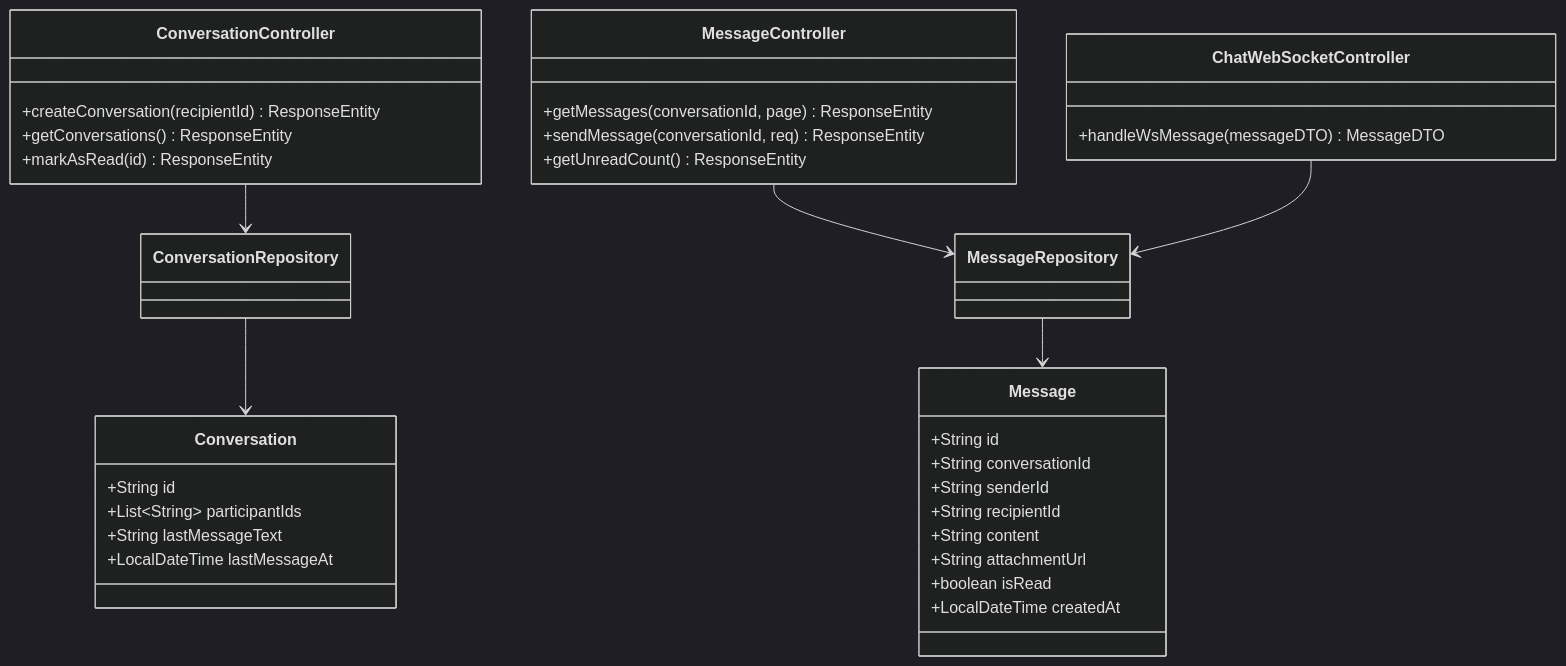
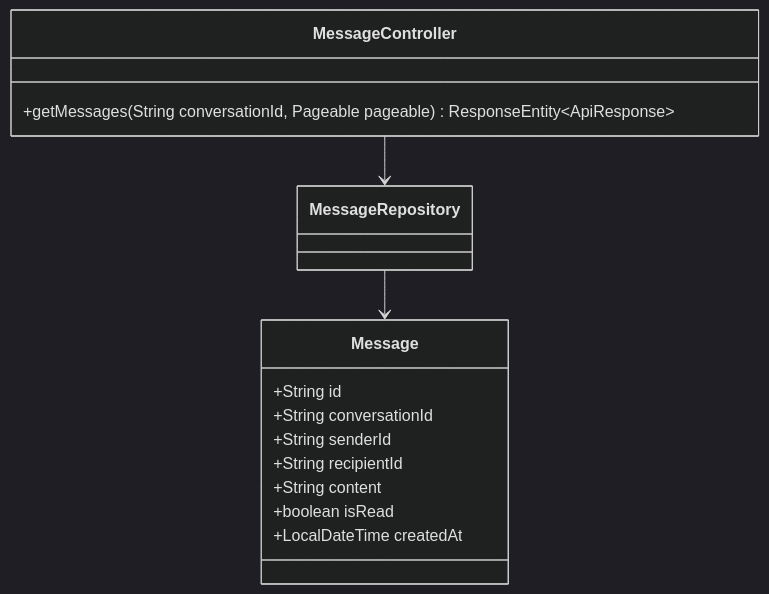
The fifth of 12 diagrams in docs/use-cases/UC-12-chat-messaging.md (The-MC-Hub/MC_Voice_Training_Backend), drawn with Mermaid (dark theme) before and after one commit. The commit also changed other lines of this file and 12 other files, not shown here.

Commit message:
docs(use-cases): fully expand all sub-use-cases across all 13 UC files with dedicated Class Diagrams, Sequence Diagrams, and Unit Tests

````diff
--- a/docs/use-cases/UC-12-chat-messaging.md
+++ b/docs/use-cases/UC-12-chat-messaging.md
@@ -28,42 +101,17 @@
 ```mermaid
 classDiagram
-    class ConversationController {
-        +createConversation(recipientId) ResponseEntity
-        +getConversations() ResponseEntity
-        +markAsRead(id) ResponseEntity
+    class MessageController {
+        +getMessages(String conversationId, Pageable pageable) ResponseEntity~ApiResponse~
     }
-
-    class MessageController {
-        +getMessages(conversationId, page) ResponseEntity
-        +sendMessage(conversationId, req) ResponseEntity
-        +getUnreadCount() ResponseEntity
-    }
-
-    class ChatWebSocketController {
-        +handleWsMessage(messageDTO) MessageDTO
-    }
-
-    class Conversation {
-        +String id
-        +List~String~ participantIds
-        +String lastMessageText
-        +LocalDateTime lastMessageAt
-    }
-
     class Message {
         +String id
         +String conversationId
         +String senderId
         +String recipientId
         +String content
-        +String attachmentUrl
         +boolean isRead
         +LocalDateTime createdAt
     }
-
-    ConversationController --> ConversationRepository
     MessageController --> MessageRepository
-    ChatWebSocketController --> MessageRepository
-    ConversationRepository --> Conversation
     MessageRepository --> Message
 ```
````
